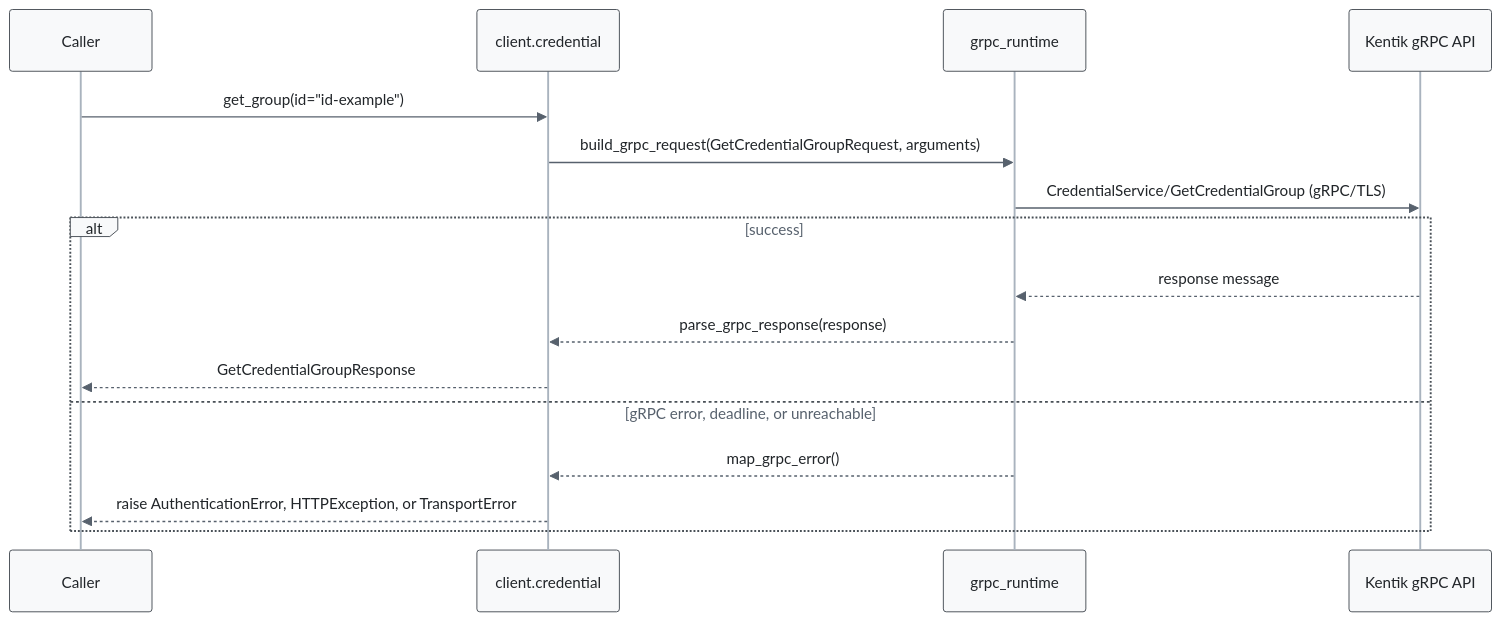
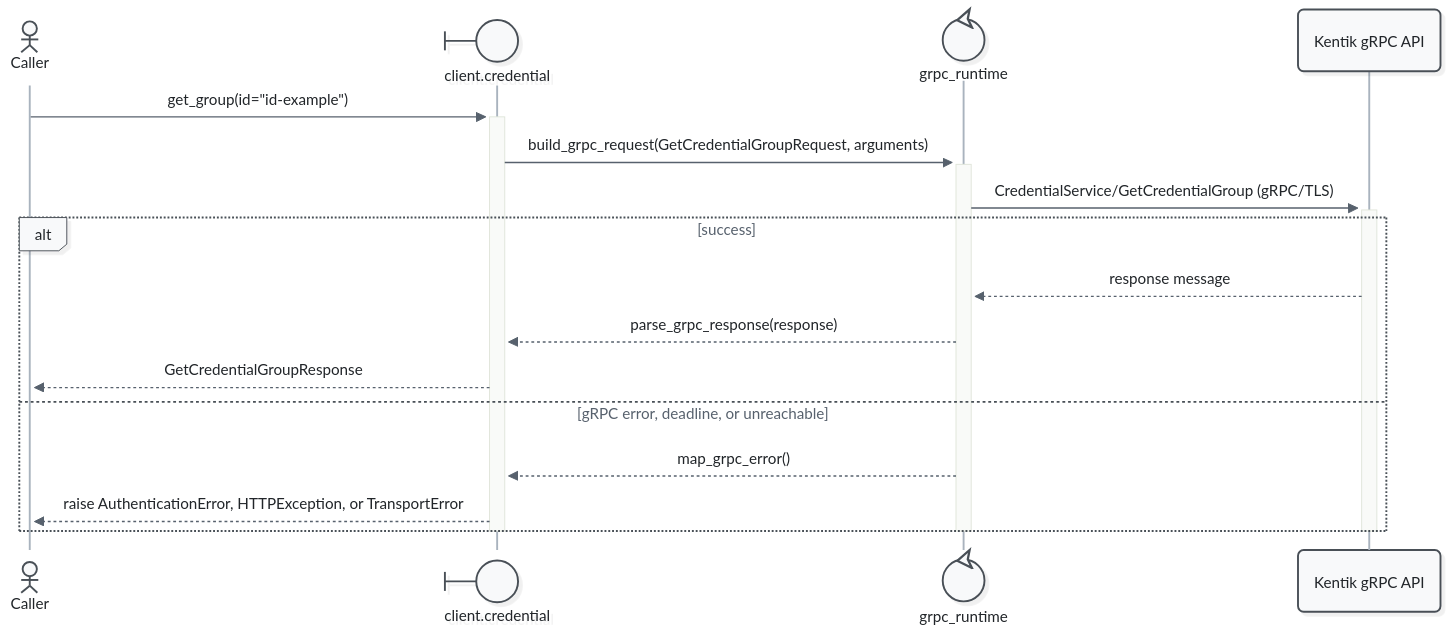
The fourth of 5 diagrams in docs/sphinx/services/credential.md (alexdearaujo/community_sdk_python), drawn with Mermaid before and after one commit. The commit also changed other lines of this file and 52 other files, not shown here.

First line of the commit message:
docs: Mermaid 12 sequence diagrams with participant types and path colors

````diff
--- a/docs/sphinx/services/credential.md
+++ b/docs/sphinx/services/credential.md
@@ -125,20 +132,23 @@
 ```mermaid
-%%{init: {"theme": "base", "fontFamily": "ui-monospace, SFMono-Regular, Menlo, monospace", "themeVariables": {"fontFamily": "ui-monospace, SFMono-Regular, Menlo, monospace", "primaryColor": "#f8f9fa", "primaryBorderColor": "#495057", "primaryTextColor": "#212529", "textColor": "#212529", "lineColor": "#77818c", "edgeLabelBackground": "#ffffff", "actorBkg": "#f8f9fa", "actorBorder": "#495057", "actorTextColor": "#212529", "actorLineColor": "#a9b3be", "signalColor": "#57616d", "signalTextColor": "#212529", "labelBoxBkgColor": "#f8f9fa", "labelBoxBorderColor": "#495057", "labelTextColor": "#212529", "loopTextColor": "#57616d", "noteBkgColor": "#fff9db", "noteBorderColor": "#f08c00", "noteTextColor": "#a35a00"}, "flowchart": {"curve": "step", "nodeSpacing": 30, "rankSpacing": 70, "wrappingWidth": 400}}}%%
+%%{init: {"theme": "redux", "look": "neo", "layout": "dagre", "fontFamily": "ui-monospace, SFMono-Regular, Menlo, monospace", "themeVariables": {"fontFamily": "ui-monospace, SFMono-Regular, Menlo, monospace", "primaryColor": "#f8f9fa", "primaryBorderColor": "#495057", "primaryTextColor": "#212529", "textColor": "#212529", "lineColor": "#77818c", "edgeLabelBackground": "#ffffff", "actorBkg": "#f8f9fa", "actorBorder": "#495057", "actorTextColor": "#212529", "actorLineColor": "#a9b3be", "signalColor": "#57616d", "signalTextColor": "#212529", "labelBoxBkgColor": "#f8f9fa", "labelBoxBorderColor": "#495057", "labelTextColor": "#212529", "loopTextColor": "#57616d", "noteBkgColor": "#fff9db", "noteBorderColor": "#f08c00", "noteTextColor": "#a35a00"}, "sequence": {"activationWidth": 16}, "flowchart": {"curve": "step", "nodeSpacing": 30, "rankSpacing": 70, "wrappingWidth": 400}}}%%
 sequenceDiagram
-    participant C as Caller
-    participant W as client.credential
-    participant R as grpc_runtime
+    actor C as Caller
+    participant W@{ "type": "boundary" } as client.credential
+    participant R@{ "type": "control" } as grpc_runtime
     participant API as Kentik gRPC API
 
-    C->>W: get_group(id="id-example")
-    W->>R: build_grpc_request(GetCredentialGroupRequest, arguments)
-    R->>API: CredentialService/GetCredentialGroup (gRPC/TLS)
+    C->>+W: get_group(id="id-example")
+    W->>+R: build_grpc_request(GetCredentialGroupRequest, arguments)
+    R->>+API: CredentialService/GetCredentialGroup (gRPC/TLS)
     alt success
         API-->>R: response message
         R-->>W: parse_grpc_response(response)
         W-->>C: GetCredentialGroupResponse
     else gRPC error, deadline, or unreachable
         R-->>W: map_grpc_error()
         W-->>C: raise AuthenticationError, HTTPException, or TransportError
     end
+    deactivate API
+    deactivate R
+    deactivate W
 ```
````
